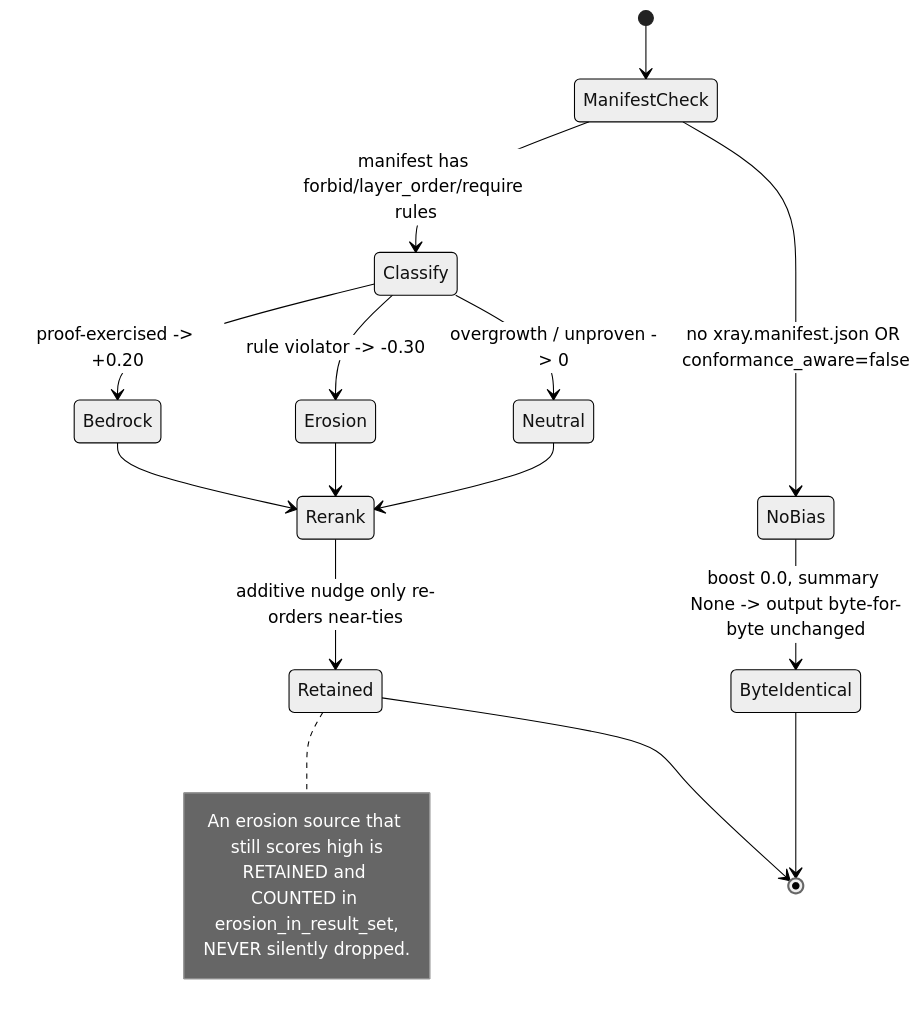
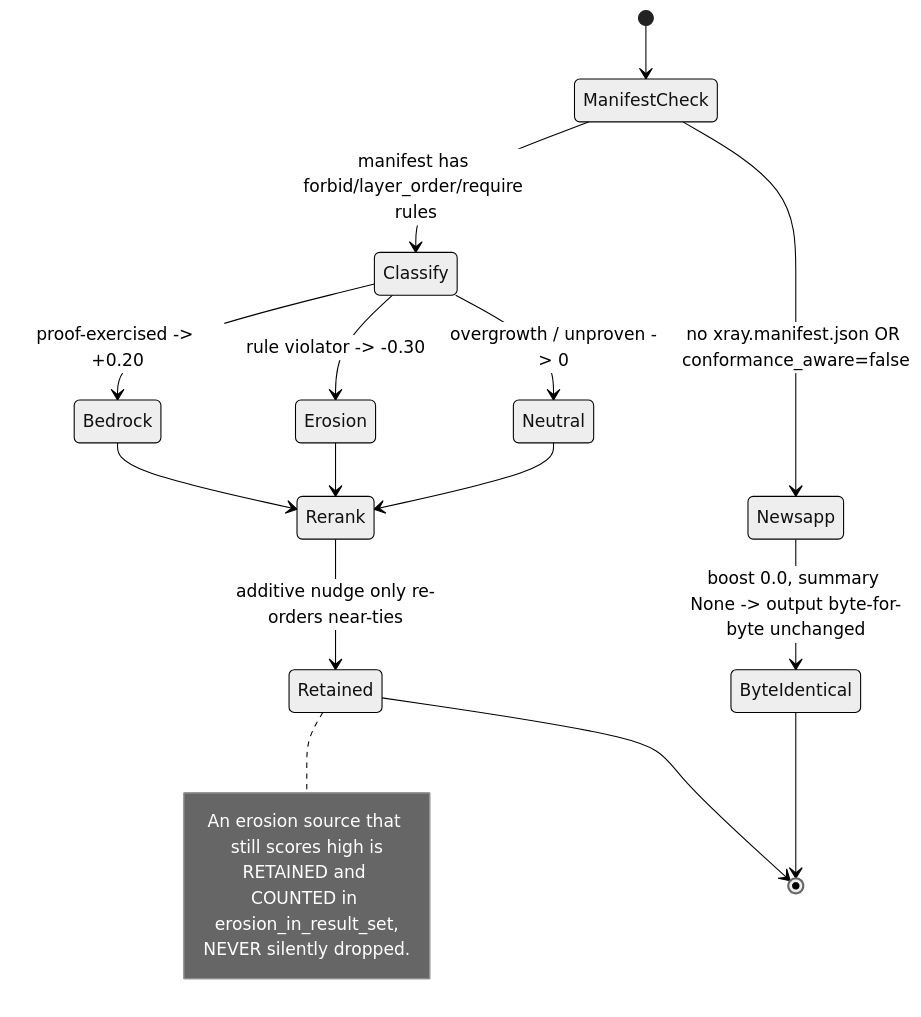
Before and after one commit to maxkle1nz/m1nd: the fourth of 4 diagrams in docs/uml/focus-runtime.md, drawn with Mermaid (neutral theme). The commit also changed 23 other files, not shown here.

````diff
--- a/docs/uml/focus-runtime.md
+++ b/docs/uml/focus-runtime.md
@@ -164,21 +164,21 @@
 ```mermaid
 stateDiagram-v2
     [*] --> ManifestCheck
-    ManifestCheck --> NoBias : no xray.manifest.json OR conformance_aware=false
-    NoBias --> ByteIdentical : boost 0.0, summary None -> output byte-for-byte unchanged
+    ManifestCheck --> Newsapp : no xray.manifest.json OR conformance_aware=false
+    Newsapp --> ByteIdentical : boost 0.0, summary None -> output byte-for-byte unchanged
     ManifestCheck --> Classify : manifest has forbid/layer_order/require rules
     Classify --> Bedrock : proof-exercised -> +0.20
     Classify --> Erosion : rule violator -> -0.30
     Classify --> Neutral : overgrowth / unproven -> 0
     Bedrock --> Rerank
     Erosion --> Rerank
     Neutral --> Rerank
     Rerank --> Retained : additive nudge only re-orders near-ties
     note right of Retained
       An erosion source that still scores high is
       RETAINED and COUNTED in erosion_in_result_set,
       NEVER silently dropped.
     end note
     Retained --> [*]
     ByteIdentical --> [*]
 ```
````
